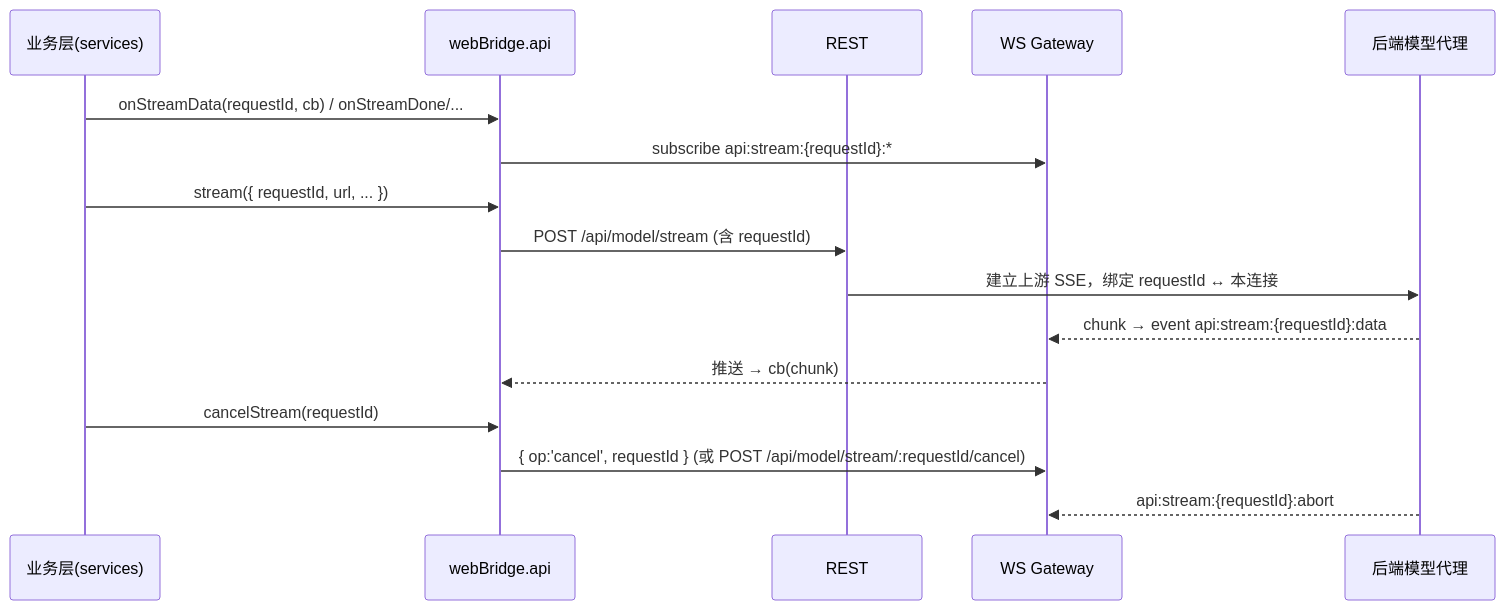
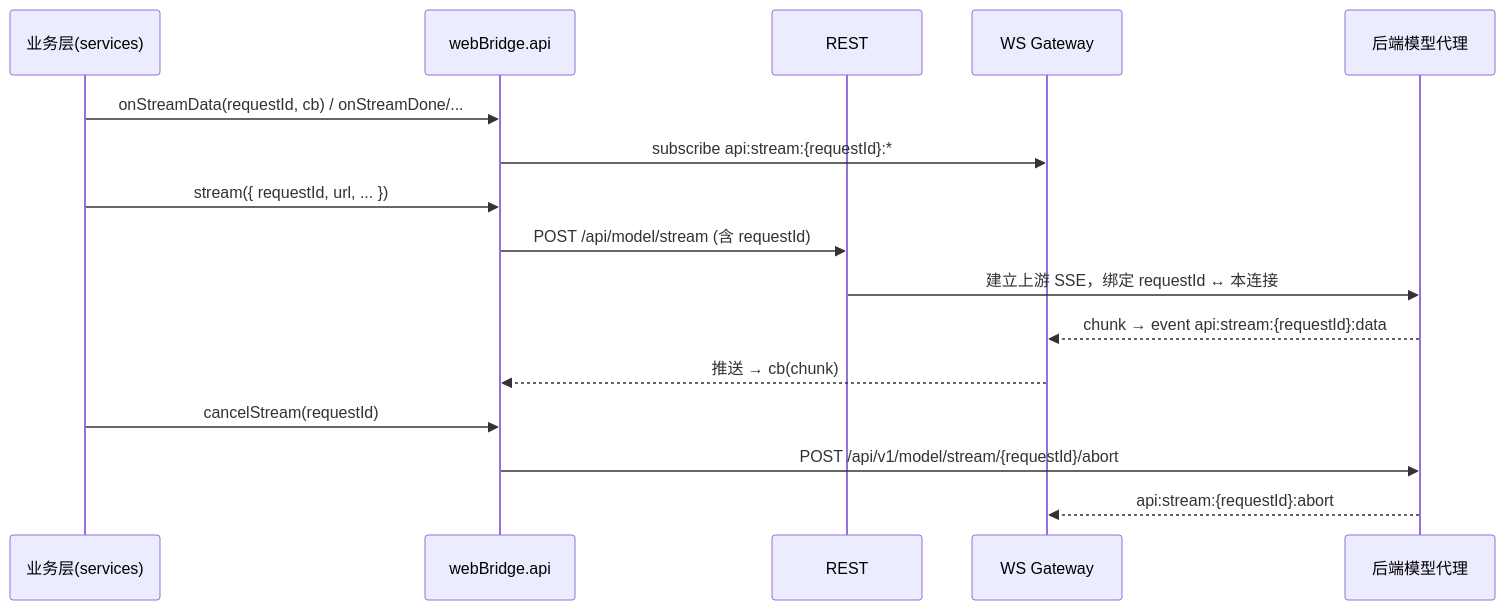
The third of 6 diagrams in 改造计划/03-前端与传输层改造.md (edward-ng-duke/LobsterAI), drawn with Mermaid before and after one commit. The commit also changed other lines of this file and 22 other files, not shown here.

````diff
--- a/改造计划/03-前端与传输层改造.md
+++ b/改造计划/03-前端与传输层改造.md
@@ -424,19 +429,19 @@
 ```mermaid
 sequenceDiagram
   participant UI as 业务层(services)
   participant Bridge as webBridge.api
   participant HTTP as REST
   participant WS as WS Gateway
   participant BE as 后端模型代理
 
   UI->>Bridge: onStreamData(requestId, cb) / onStreamDone/...
   Bridge->>WS: subscribe api:stream:{requestId}:*
   UI->>Bridge: stream({ requestId, url, ... })
   Bridge->>HTTP: POST /api/model/stream  (含 requestId)
   HTTP->>BE: 建立上游 SSE，绑定 requestId ↔ 本连接
   BE-->>WS: chunk → event api:stream:{requestId}:data
   WS-->>Bridge: 推送 → cb(chunk)
   UI->>Bridge: cancelStream(requestId)
-  Bridge->>WS: { op:'cancel', requestId }  (或 POST /api/model/stream/:requestId/cancel)
+  Bridge->>BE: POST /api/v1/model/stream/{requestId}/abort
   BE-->>WS: api:stream:{requestId}:abort
 ```
````
